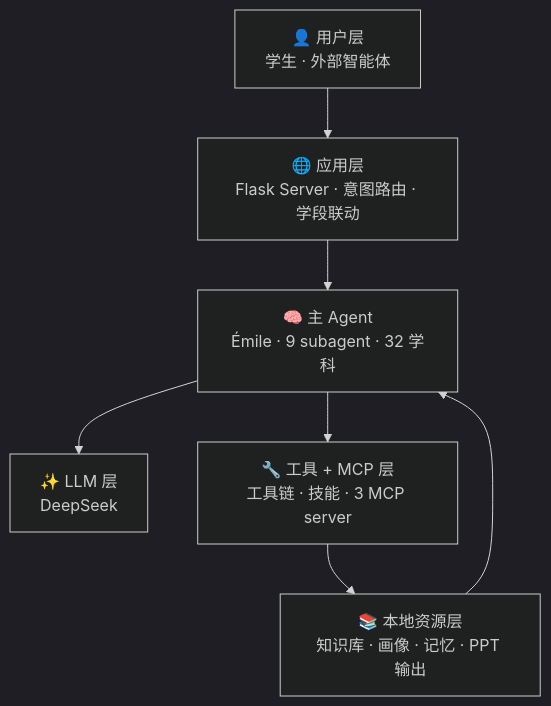
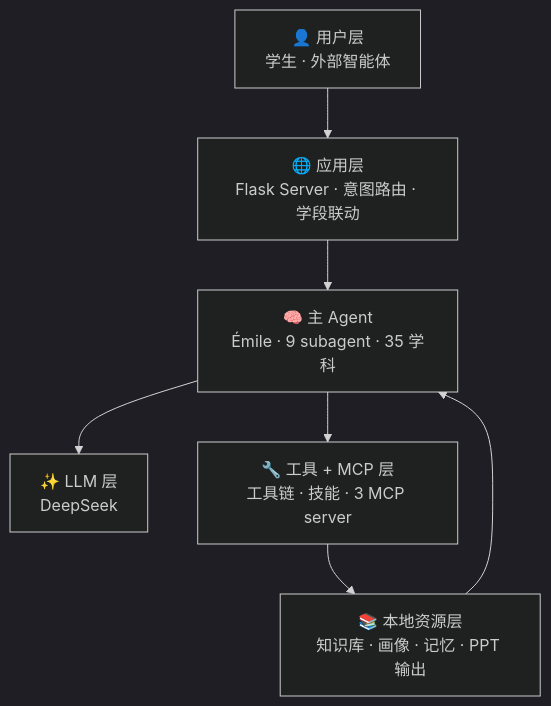
The fifth of 16 diagrams in PAEG技术全景文档.md (Golden2002/PAEG), drawn with Mermaid (dark theme) before and after one commit. The commit also changed other lines of this file, not shown here.

````diff
--- a/PAEG技术全景文档.md
+++ b/PAEG技术全景文档.md
@@ -305,16 +305,16 @@
 ```mermaid
 flowchart TB
     L1["👤 用户层<br/>学生 · 外部智能体"]
     L2["🌐 应用层<br/>Flask Server · 意图路由 · 学段联动"]
-    L3["🧠 主 Agent<br/>Émile · 9 subagent · 32 学科"]
+    L3["🧠 主 Agent<br/>Émile · 9 subagent · 35 学科"]
     L4["✨ LLM 层<br/>DeepSeek"]
     L5["🔧 工具 + MCP 层<br/>工具链 · 技能 · 3 MCP server"]
     L6["📚 本地资源层<br/>知识库 · 画像 · 记忆 · PPT 输出"]
 
     L1 --> L2
     L2 --> L3
     L3 --> L4
     L3 --> L5
     L5 --> L6
     L6 --> L3
 ```
````
